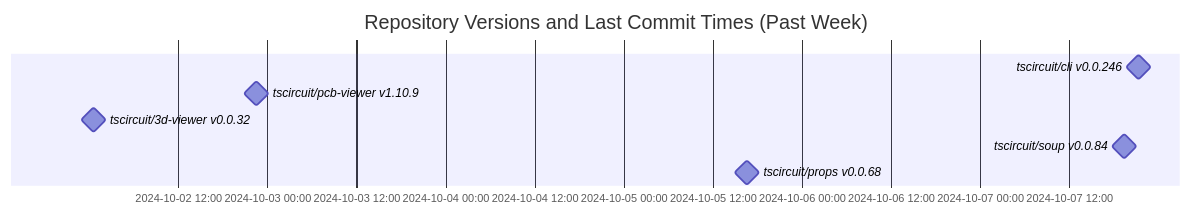
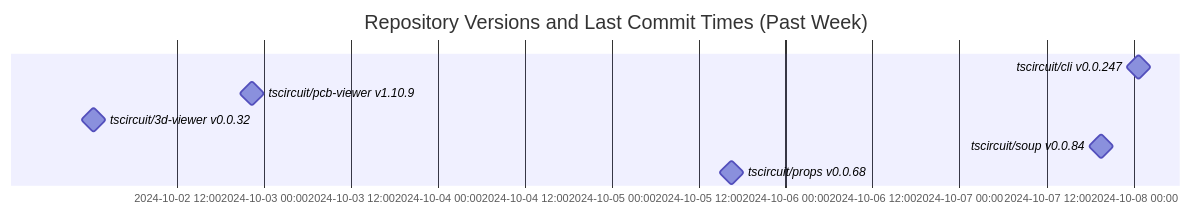
One commit to tscircuit/version-tracker changed the diagram in README.md. Above: the diagram before and after it, drawn with Mermaid.

Commit message:
Update chart

````diff
--- a/README.md
+++ b/README.md
@@ -1,12 +1,12 @@
 ```mermaid
 gantt
   dateFormat  YYYY-MM-DD HH:mm:ss
   title Repository Versions and Last Commit Times (Past Week)
   axisFormat %Y-%m-%d %H:%M
 
-  tscircuit/cli v0.0.246 : milestone, 2024-10-07 21:24:03, 1s
+  tscircuit/cli v0.0.247 : milestone, 2024-10-08 00:39:40, 1s
   tscircuit/pcb-viewer v1.10.9 : milestone, 2024-10-02 22:24:48, 1s
   tscircuit/3d-viewer v0.0.32 : milestone, 2024-10-02 00:30:55, 1s
   tscircuit/soup v0.0.84 : milestone, 2024-10-07 19:29:57, 1s
   tscircuit/props v0.0.68 : milestone, 2024-10-05 16:34:46, 1s
 ```
````
